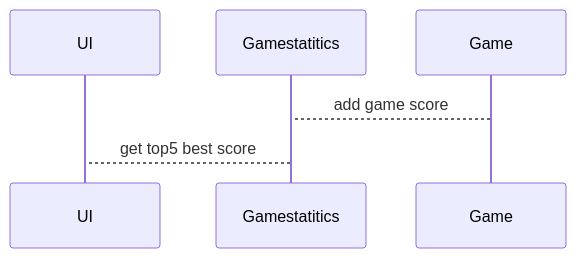
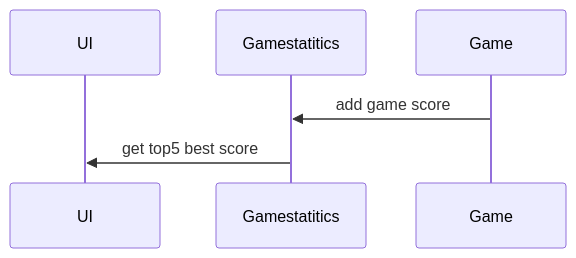
The third of 3 diagrams in dokumentaatio/arkkitehtuuri.md (kxelina/ot-harjoitustyo), drawn with Mermaid before and after one commit.

````diff
--- a/dokumentaatio/arkkitehtuuri.md
+++ b/dokumentaatio/arkkitehtuuri.md
@@ -82,8 +82,8 @@
 ```mermaid
 sequenceDiagram
     participant UI
     participant G as Gamestatitics
     participant Game
-    Game --> G: add game score
-    G --> UI: get top5 best score
+    Game ->> G: add game score
+    G ->> UI: get top5 best score
 ```    
````
